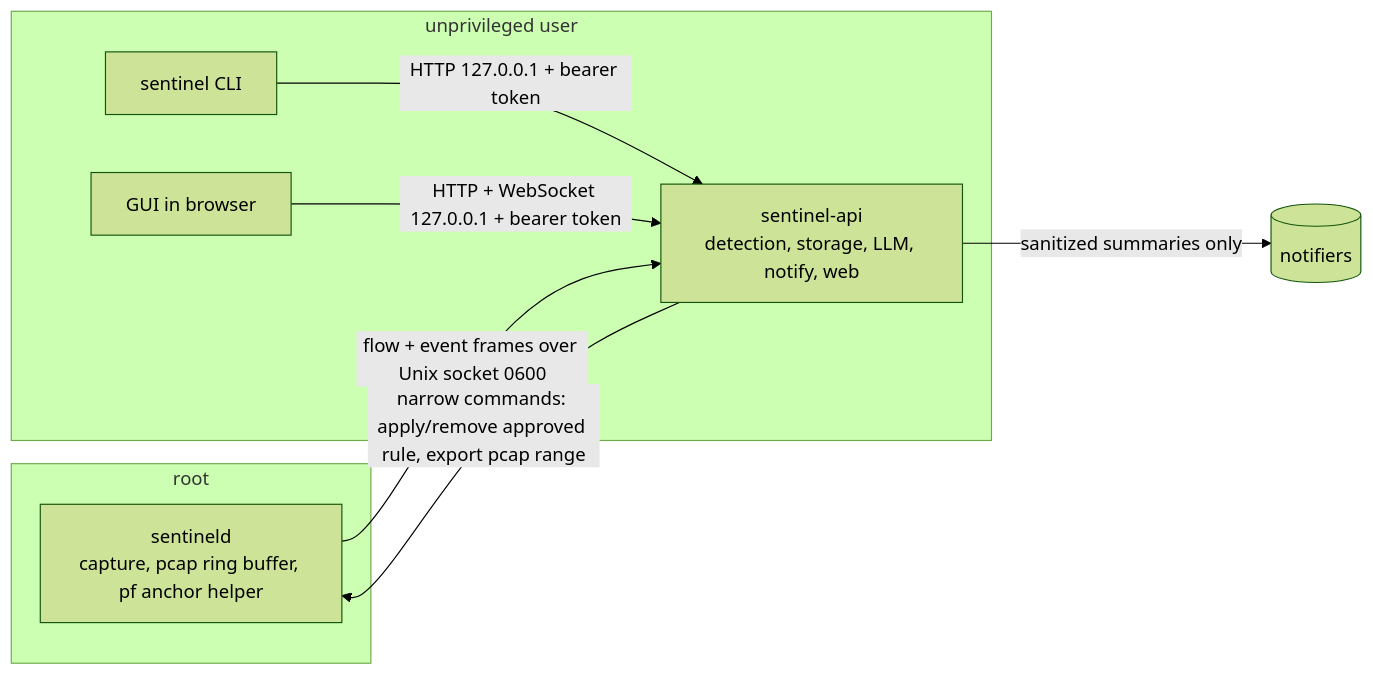
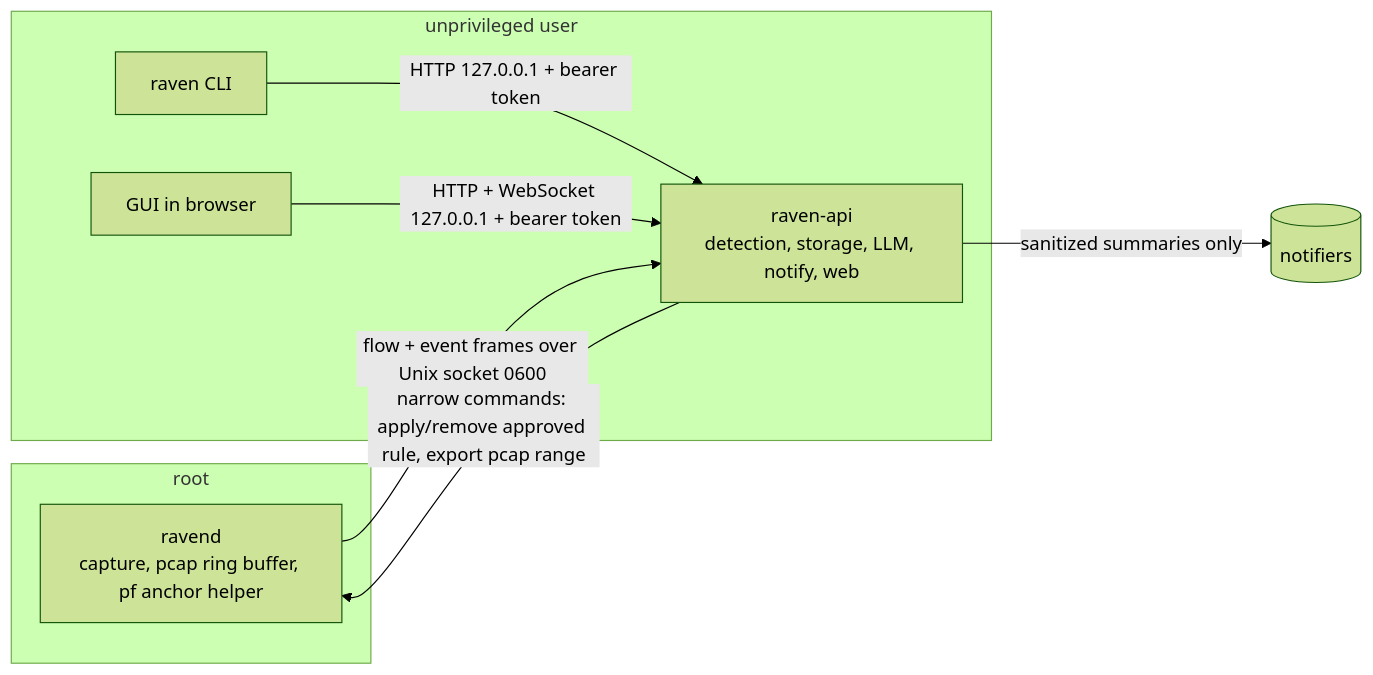
Before and after one commit to MRX-72/Hackt0b3r: the diagram in docs/diagrams/03-process-architecture.mmd, drawn with Mermaid (forest theme). The commit also changed 156 other files, not shown here.

```diff
--- a/docs/diagrams/03-process-architecture.mmd
+++ b/docs/diagrams/03-process-architecture.mmd
@@ -1,15 +1,15 @@
 %% 03 Process architecture and privilege boundary
 flowchart LR
   subgraph root[root]
-    sentineld[sentineld<br/>capture, pcap ring buffer, pf anchor helper]
+    ravend[ravend<br/>capture, pcap ring buffer, pf anchor helper]
   end
   subgraph user[unprivileged user]
-    api[sentinel-api<br/>detection, storage, LLM, notify, web]
-    cli[sentinel CLI]
+    api[raven-api<br/>detection, storage, LLM, notify, web]
+    cli[raven CLI]
     gui[GUI in browser]
   end
-  sentineld -- "flow + event frames over Unix socket 0600" --> api
-  api -- "narrow commands: apply/remove approved rule, export pcap range" --> sentineld
+  ravend -- "flow + event frames over Unix socket 0600" --> api
+  api -- "narrow commands: apply/remove approved rule, export pcap range" --> ravend
   cli -- "HTTP 127.0.0.1 + bearer token" --> api
   gui -- "HTTP + WebSocket 127.0.0.1 + bearer token" --> api
   api -- "sanitized summaries only" --> ext[(notifiers)]
```
